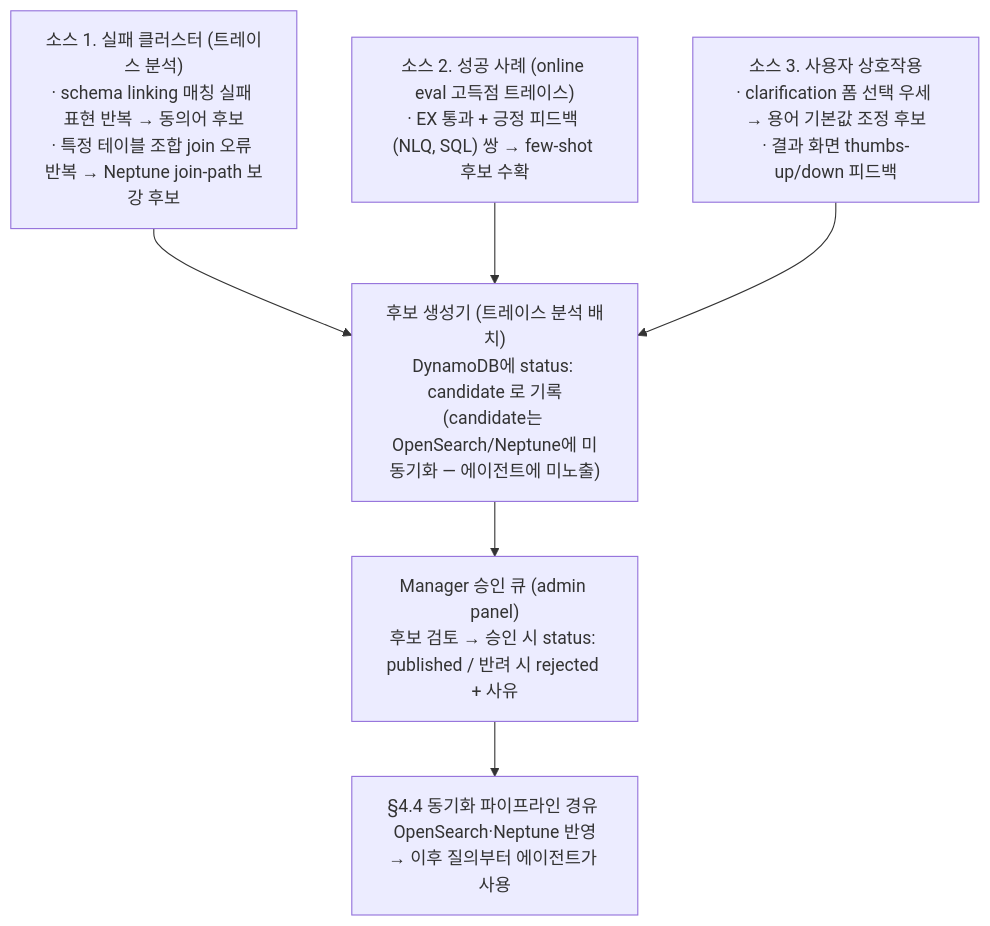
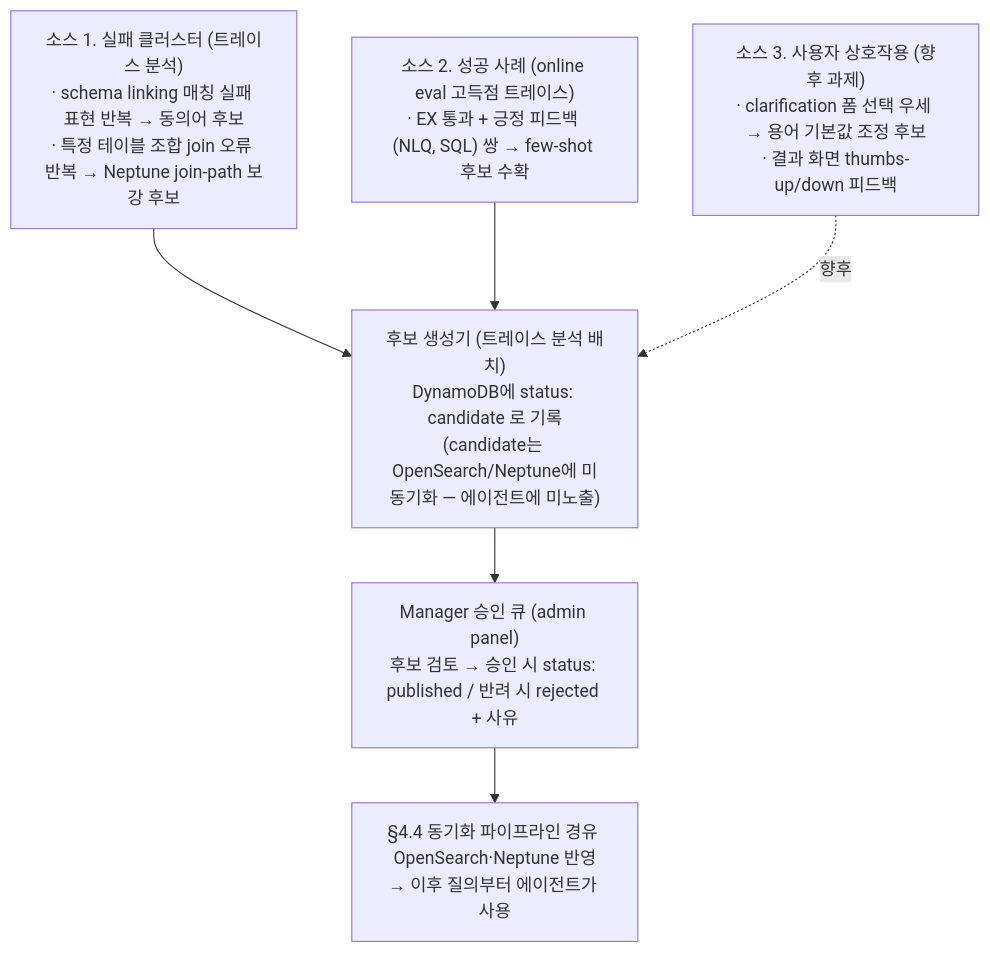
Before and after one commit to aws-samples/sample-agentic-ai-acceleration-kr: the fourth of 4 diagrams in projects/agentic-text-to-sql-on-aws/docs/architecture.md, drawn with Mermaid. The commit also changed other lines of this file and 4 other files, not shown here.

````diff
--- a/projects/agentic-text-to-sql-on-aws/docs/architecture.md
+++ b/projects/agentic-text-to-sql-on-aws/docs/architecture.md
@@ -202,14 +205,14 @@
 ```mermaid
 flowchart TB
     s1["소스 1. 실패 클러스터 (트레이스 분석)<br/>· schema linking 매칭 실패 표현 반복 → 동의어 후보<br/>· 특정 테이블 조합 join 오류 반복 → Neptune join-path 보강 후보"]
     s2["소스 2. 성공 사례 (online eval 고득점 트레이스)<br/>· EX 통과 + 긍정 피드백 (NLQ, SQL) 쌍 → few-shot 후보 수확"]
-    s3["소스 3. 사용자 상호작용<br/>· clarification 폼 선택 우세 → 용어 기본값 조정 후보<br/>· 결과 화면 thumbs-up/down 피드백"]
+    s3["소스 3. 사용자 상호작용 (향후 과제)<br/>· clarification 폼 선택 우세 → 용어 기본값 조정 후보<br/>· 결과 화면 thumbs-up/down 피드백"]
     miner["후보 생성기 (트레이스 분석 배치)<br/>DynamoDB에 status: candidate 로 기록<br/>(candidate는 OpenSearch/Neptune에 미동기화 — 에이전트에 미노출)"]
     queue["Manager 승인 큐 (admin panel)<br/>후보 검토 → 승인 시 status: published / 반려 시 rejected + 사유"]
     sync["§4.4 동기화 파이프라인 경유 OpenSearch·Neptune 반영<br/>→ 이후 질의부터 에이전트가 사용"]
 
     s1 --> miner
     s2 --> miner
-    s3 --> miner
+    s3 -. 향후 .-> miner
     miner --> queue --> sync
 ```
````
